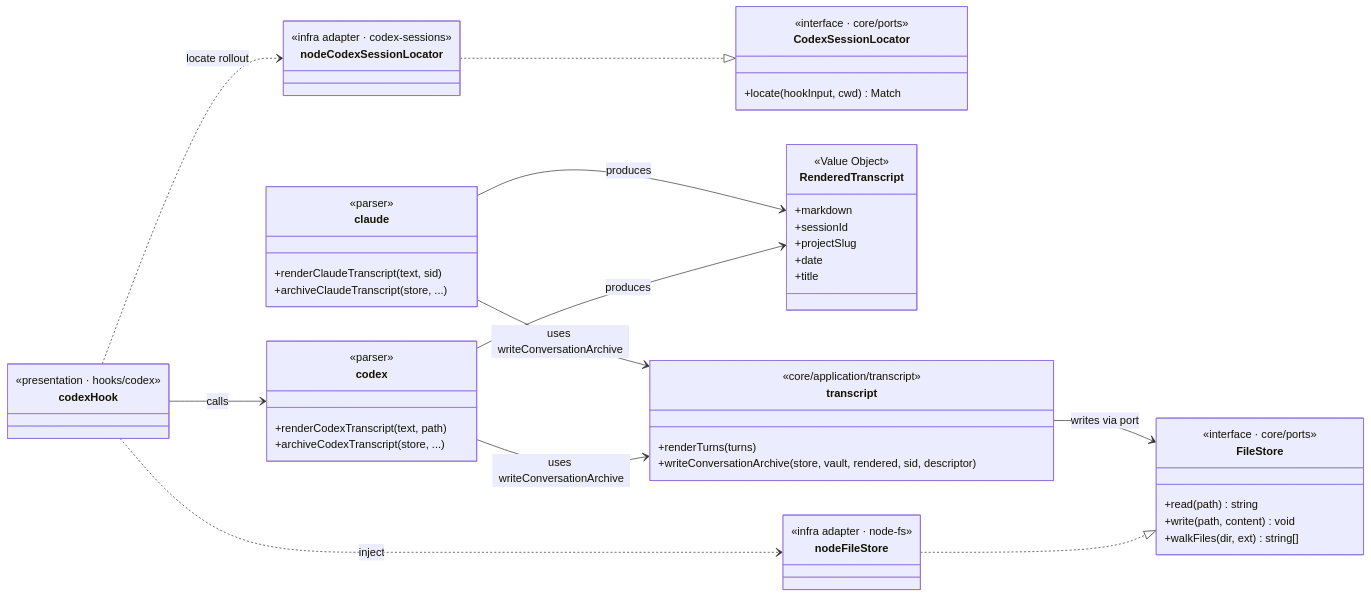
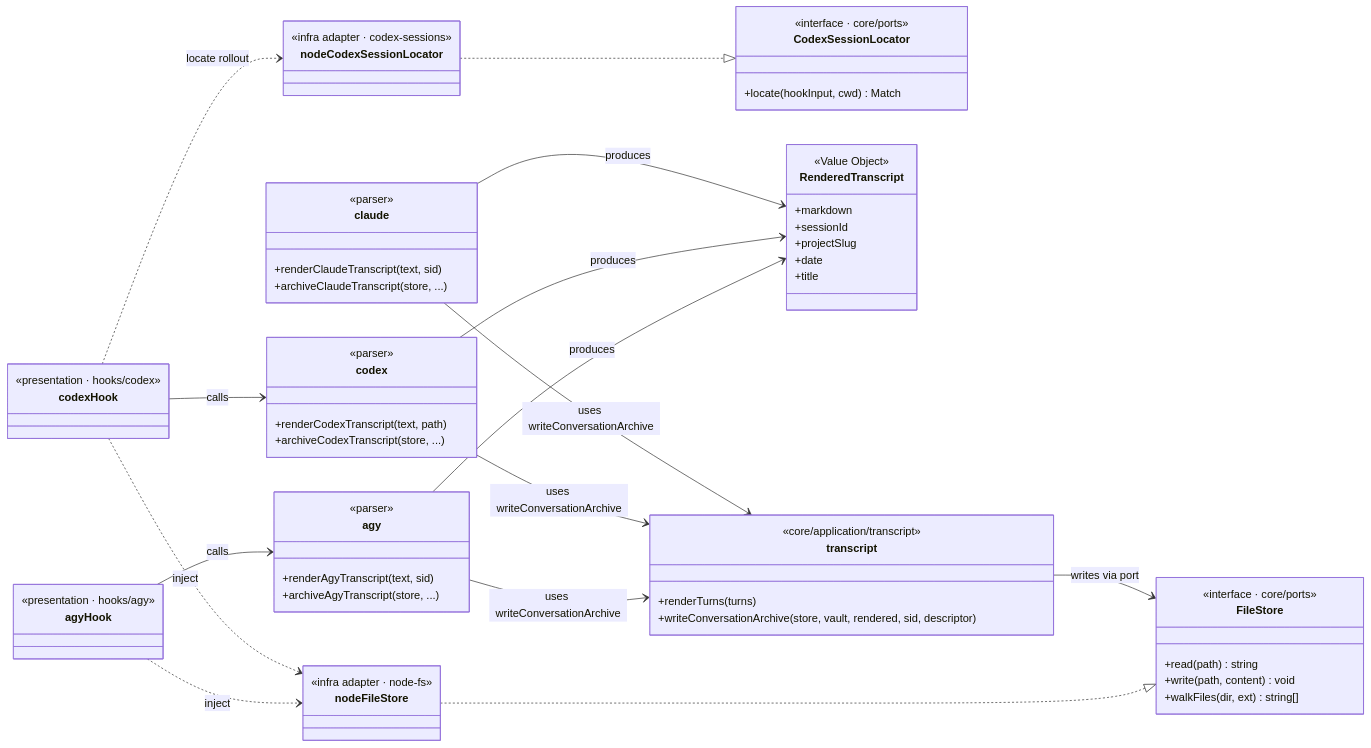
One commit to neokn/elegent changed the fourth of 4 diagrams in docs/architecture/c4.md. Above: the diagram before and after it, drawn with Mermaid. The commit also changed other lines of this file and 24 other files, not shown here.

````diff
--- a/docs/architecture/c4.md
+++ b/docs/architecture/c4.md
@@ -108,51 +110,61 @@
 ```mermaid
 classDiagram
     direction LR
     class FileStore {
         <<interface · core/ports>>
         +read(path) string
         +write(path, content) void
         +walkFiles(dir, ext) string[]
     }
     class CodexSessionLocator {
         <<interface · core/ports>>
         +locate(hookInput, cwd) Match
     }
     class RenderedTranscript {
         <<Value Object>>
         +markdown
         +sessionId
         +projectSlug
         +date
         +title
     }
     class transcript {
         <<core/application/transcript>>
         +renderTurns(turns)
         +writeConversationArchive(store, vault, rendered, sid, descriptor)
     }
     class claude {
         <<parser>>
         +renderClaudeTranscript(text, sid)
         +archiveClaudeTranscript(store, ...)
     }
     class codex {
         <<parser>>
         +renderCodexTranscript(text, path)
         +archiveCodexTranscript(store, ...)
     }
+    class agy {
+        <<parser>>
+        +renderAgyTranscript(text, sid)
+        +archiveAgyTranscript(store, ...)
+    }
     class nodeFileStore { <<infra adapter · node-fs>> }
     class nodeCodexSessionLocator { <<infra adapter · codex-sessions>> }
     class codexHook { <<presentation · hooks/codex>> }
+    class agyHook { <<presentation · hooks/agy>> }
 
     claude --> RenderedTranscript : produces
     codex --> RenderedTranscript : produces
+    agy --> RenderedTranscript : produces
     claude --> transcript : uses writeConversationArchive
     codex --> transcript : uses writeConversationArchive
+    agy --> transcript : uses writeConversationArchive
     transcript --> FileStore : writes via port
     nodeFileStore ..|> FileStore
     nodeCodexSessionLocator ..|> CodexSessionLocator
     codexHook --> codex : calls
     codexHook ..> nodeFileStore : inject
     codexHook ..> nodeCodexSessionLocator : locate rollout
+    agyHook --> agy : calls
+    agyHook ..> nodeFileStore : inject
 ```
````
